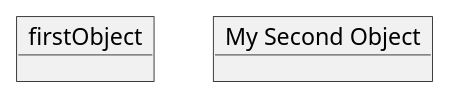
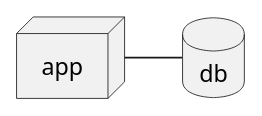
The diagram in embed.iuml (sdash-github/testgitpages), drawn with PlantUML before and after one commit.

```diff
--- a/embed.iuml
+++ b/embed.iuml
@@ -2,4 +2,5 @@
 @startuml
-object firstObject
-object "My Second Object" as o2
+node app
+database db
+app - db
 @enduml
```
